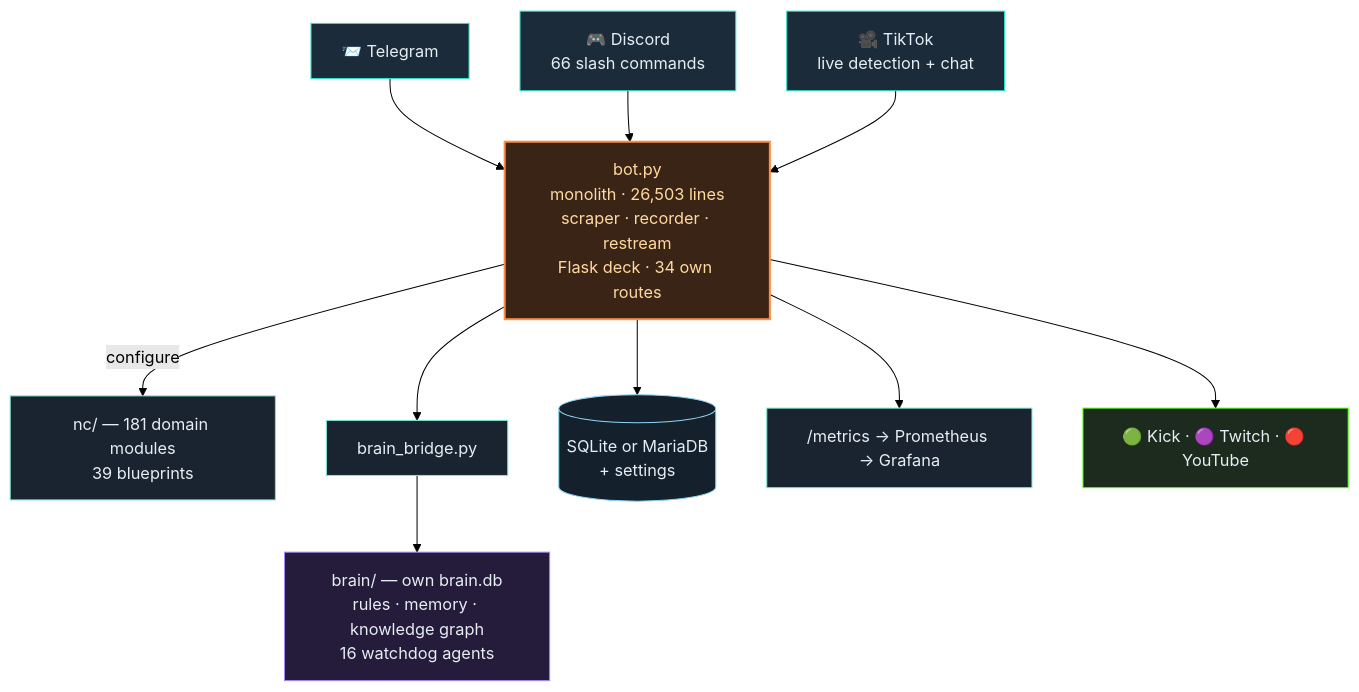
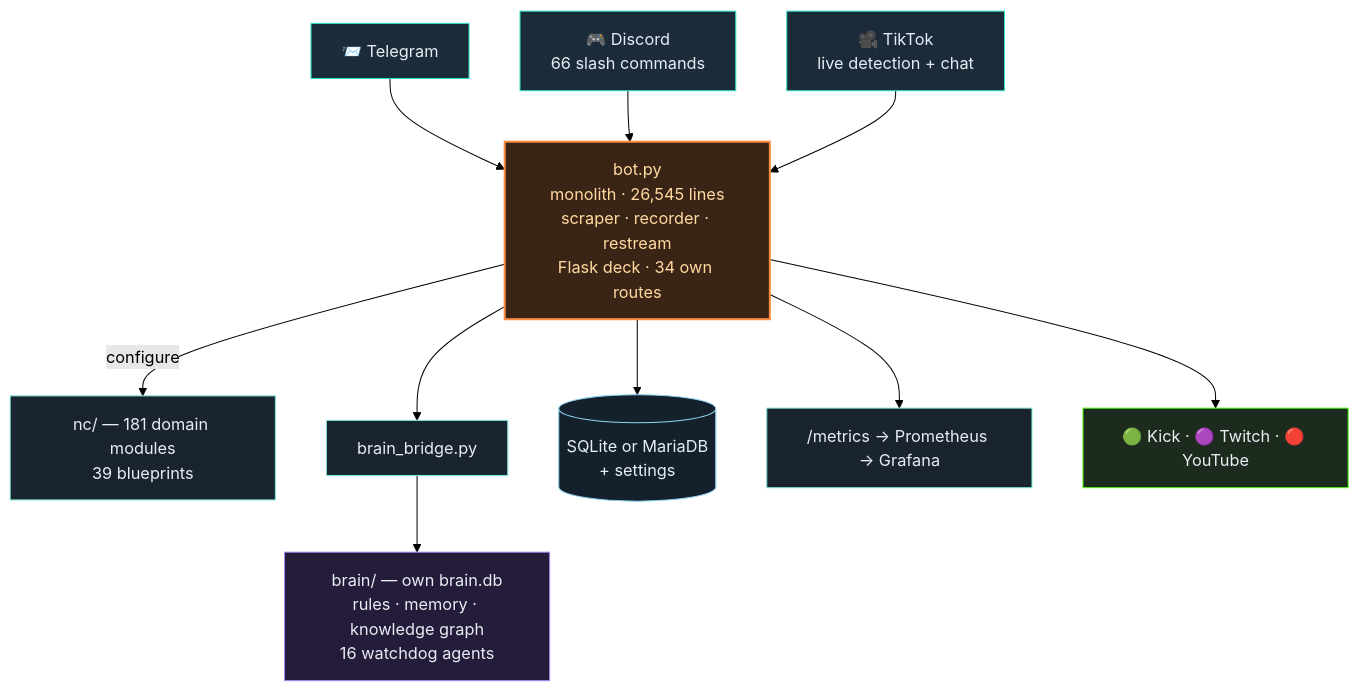
The second of 3 diagrams in README.en.md (itsamemedev/Telegram-Stream-Info-Bot), drawn with Mermaid (forest theme) before and after one commit. The commit also changed other lines of this file and 14 other files, not shown here.

````diff
--- a/README.en.md
+++ b/README.en.md
@@ -119,19 +119,19 @@
 ```mermaid
 flowchart TB
     TG["📨 Telegram"]:::ein --> BOT
     DC["🎮 Discord<br/>66 slash commands"]:::ein --> BOT
     TT["🎥 TikTok<br/>live detection + chat"]:::ein --> BOT
-    BOT["bot.py<br/>monolith · 26,503 lines<br/>scraper · recorder · restream<br/>Flask deck · 34 own routes"]:::core
+    BOT["bot.py<br/>monolith · 26,545 lines<br/>scraper · recorder · restream<br/>Flask deck · 34 own routes"]:::core
     BOT -->|configure| NC["nc/ — 181 domain modules<br/>39 blueprints"]:::lib
     BOT --> BR["brain_bridge.py"]:::lib
     BR --> BRAIN["brain/ — own brain.db<br/>rules · memory · knowledge graph<br/>16 watchdog agents"]:::brain
     BOT --> DB[("SQLite or MariaDB<br/>+ settings")]:::db
     BOT --> PROM["/metrics → Prometheus → Grafana"]:::lib
     BOT --> OUT["🟢 Kick · 🟣 Twitch · 🔴 YouTube"]:::out
     classDef ein fill:#1c2b3a,stroke:#2de1c2,color:#e6edf3
     classDef core fill:#3a2415,stroke:#ff8c42,stroke-width:2px,color:#ffd9a0
     classDef lib fill:#1a2430,stroke:#7fe7d4,color:#e6edf3
     classDef brain fill:#241c3a,stroke:#a78bfa,color:#e6edf3
     classDef db fill:#14202c,stroke:#8fd3f4,color:#e6edf3
     classDef out fill:#1c2b1e,stroke:#53fc18,color:#e6edf3
 ```
````
